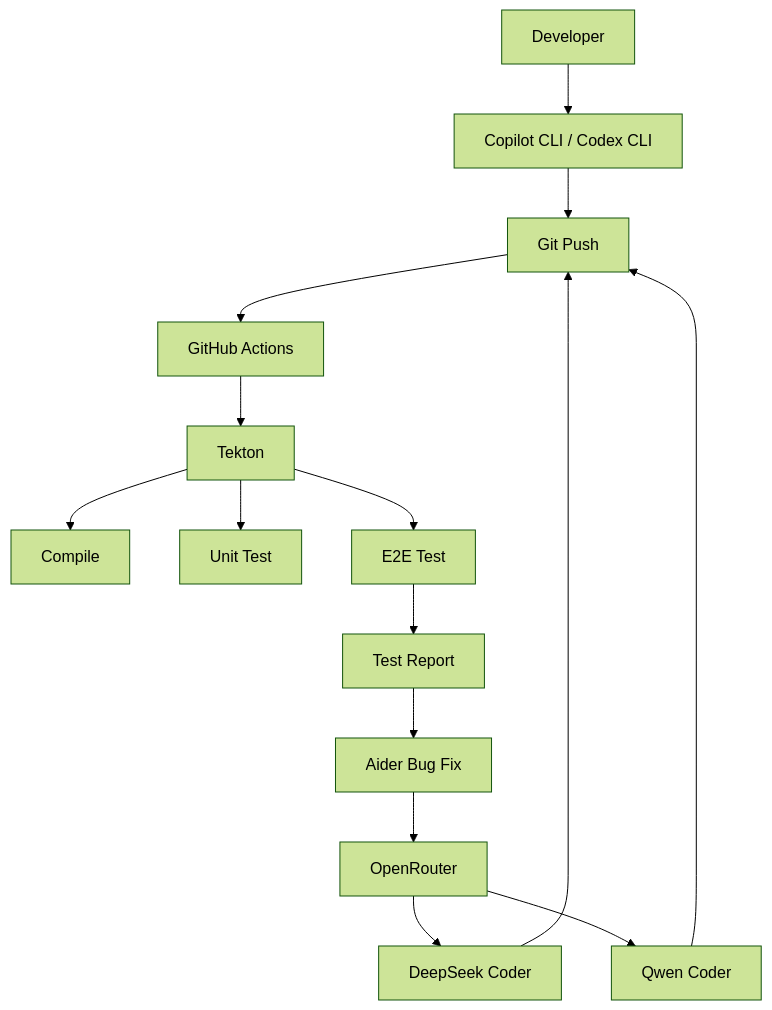
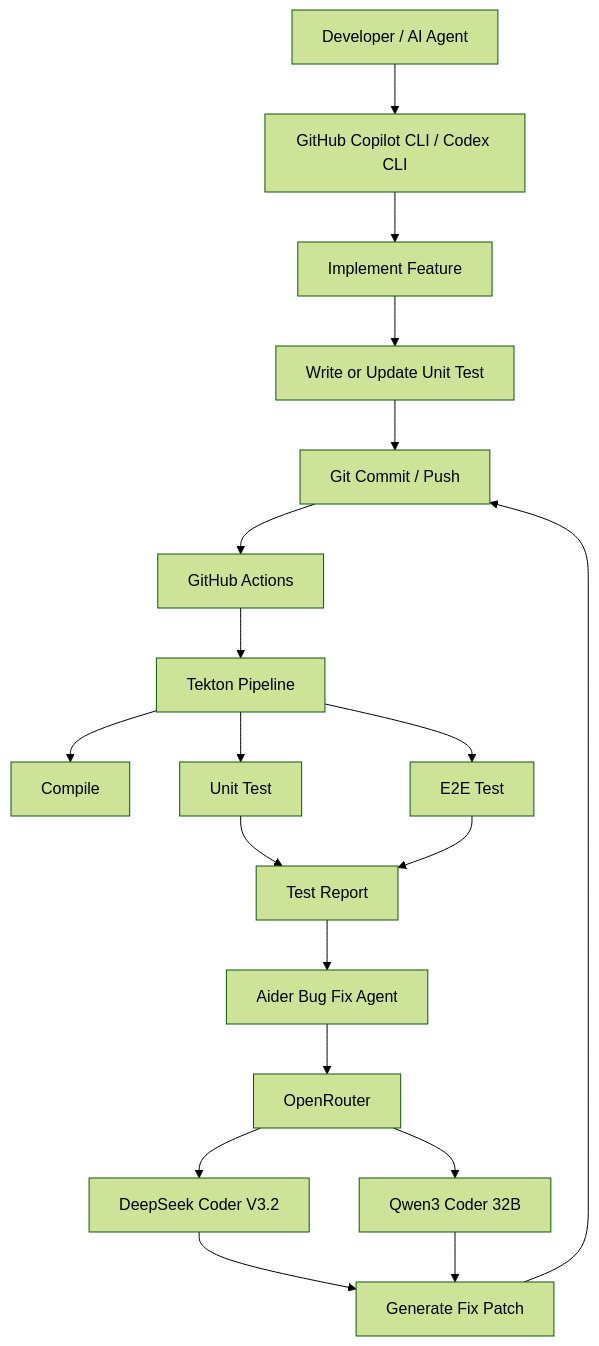
The first of 3 diagrams in README.md (lucas152112/AI_JustProject), drawn with Mermaid (forest theme) before and after one commit. The commit also changed other lines of this file and 110 other files, not shown here.

````diff
--- a/README.md
+++ b/README.md
@@ -7,17 +18,21 @@
 ```mermaid
 flowchart TD
-A[Developer] --> B[Copilot CLI / Codex CLI]
-B --> C[Git Push]
-C --> D[GitHub Actions]
-D --> E[Tekton]
-E --> F[Compile]
-E --> G[Unit Test]
-E --> H[E2E Test]
-H --> I[Test Report]
-I --> J[Aider Bug Fix]
-J --> K[OpenRouter]
-K --> L[DeepSeek Coder]
-K --> M[Qwen Coder]
-L --> C
-M --> C
+    A[Developer / AI Agent] --> B[GitHub Copilot CLI / Codex CLI]
+    B --> C[Implement Feature]
+    C --> D[Write or Update Unit Test]
+    D --> E[Git Commit / Push]
+    E --> F[GitHub Actions]
+    F --> G[Tekton Pipeline]
+    G --> H[Compile]
+    G --> I[Unit Test]
+    G --> J[E2E Test]
+    I --> K[Test Report]
+    J --> K
+    K --> L[Aider Bug Fix Agent]
+    L --> M[OpenRouter]
+    M --> N[DeepSeek Coder V3.2]
+    M --> O[Qwen3 Coder 32B]
+    N --> P[Generate Fix Patch]
+    O --> P
+    P --> E
 ```
````
